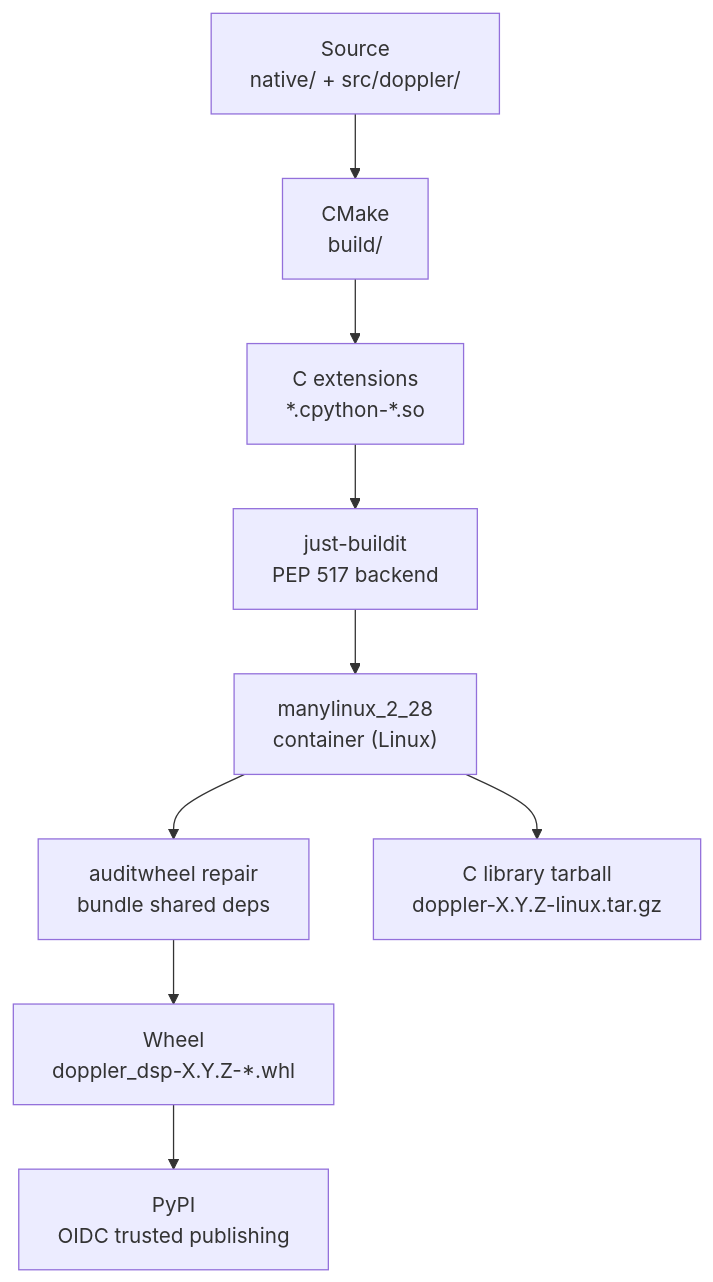
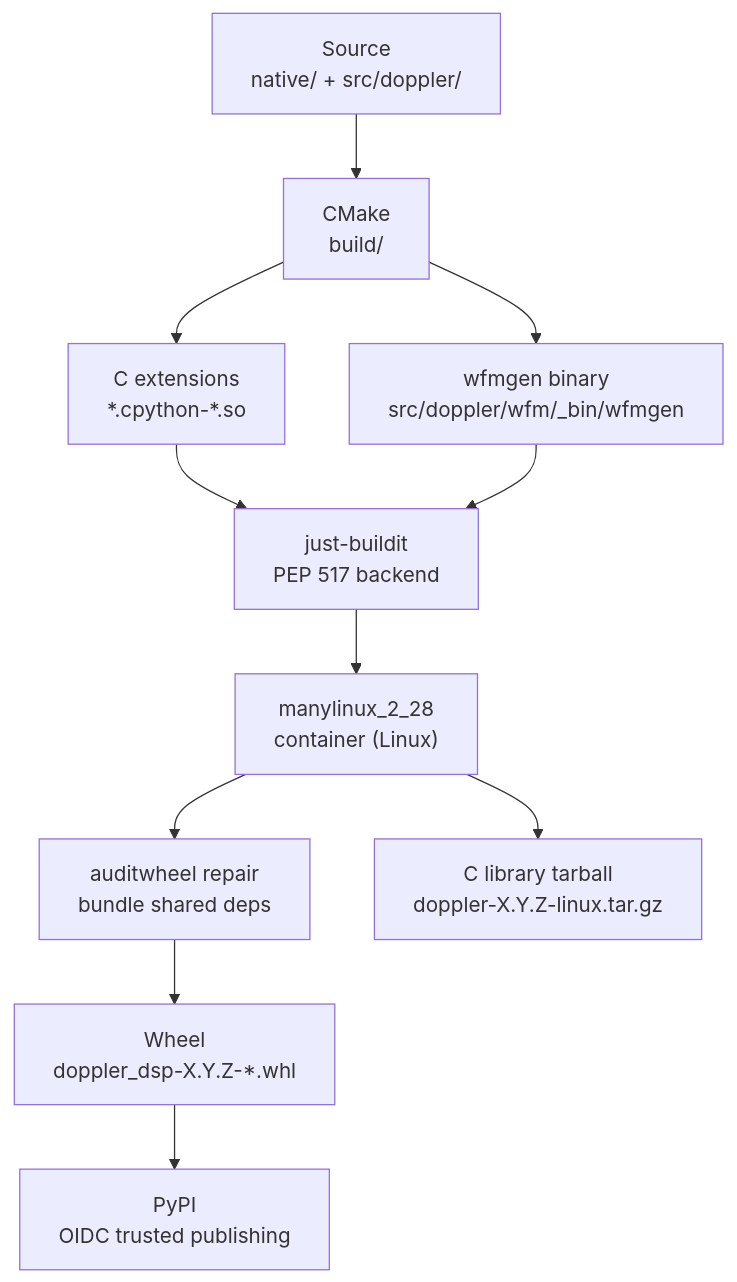
One commit to doppler-dsp/doppler changed the diagram in docs/dev/build-internals.md. Above: the diagram before and after it, drawn with Mermaid.

Commit message:
docs(build-internals): add wfmgen binary to overview diagram

````diff
--- a/docs/dev/build-internals.md
+++ b/docs/dev/build-internals.md
@@ -11,15 +11,17 @@
 ```mermaid
 flowchart TD
     src["Source\nnative/ + src/doppler/"]
     cmake["CMake\nbuild/"]
     so["C extensions\n*.cpython-*.so"]
+    bin["wfmgen binary\nsrc/doppler/wfm/_bin/wfmgen"]
     jb["just-buildit\nPEP 517 backend"]
     manylinux["manylinux_2_28\ncontainer (Linux)"]
     auditwheel["auditwheel repair\nbundle shared deps"]
     wheel["Wheel\ndoppler_dsp-X.Y.Z-*.whl"]
     pypi["PyPI\nOIDC trusted publishing"]
     ctarball["C library tarball\ndoppler-X.Y.Z-linux.tar.gz"]
 
     src --> cmake --> so --> jb --> manylinux --> auditwheel --> wheel --> pypi
+    cmake --> bin --> jb
     manylinux --> ctarball
 ```
````
